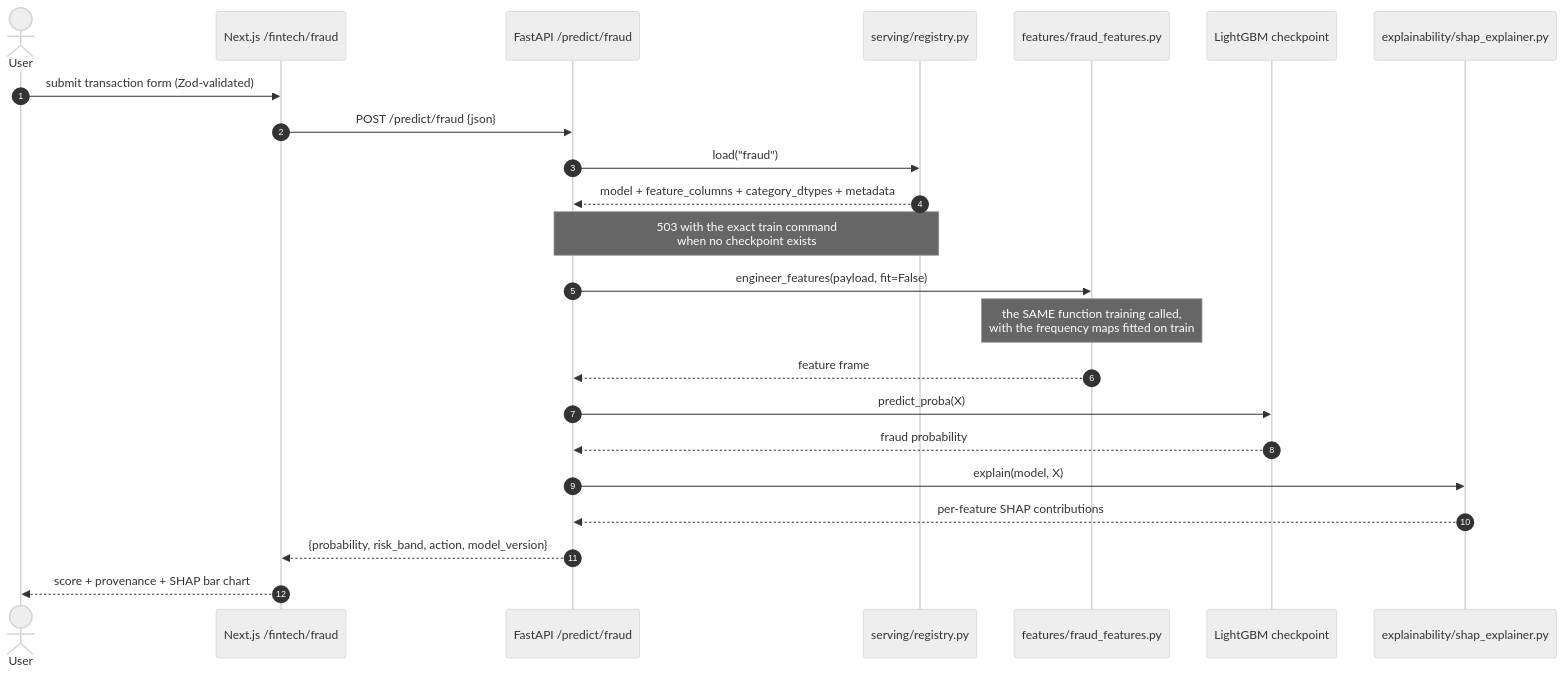
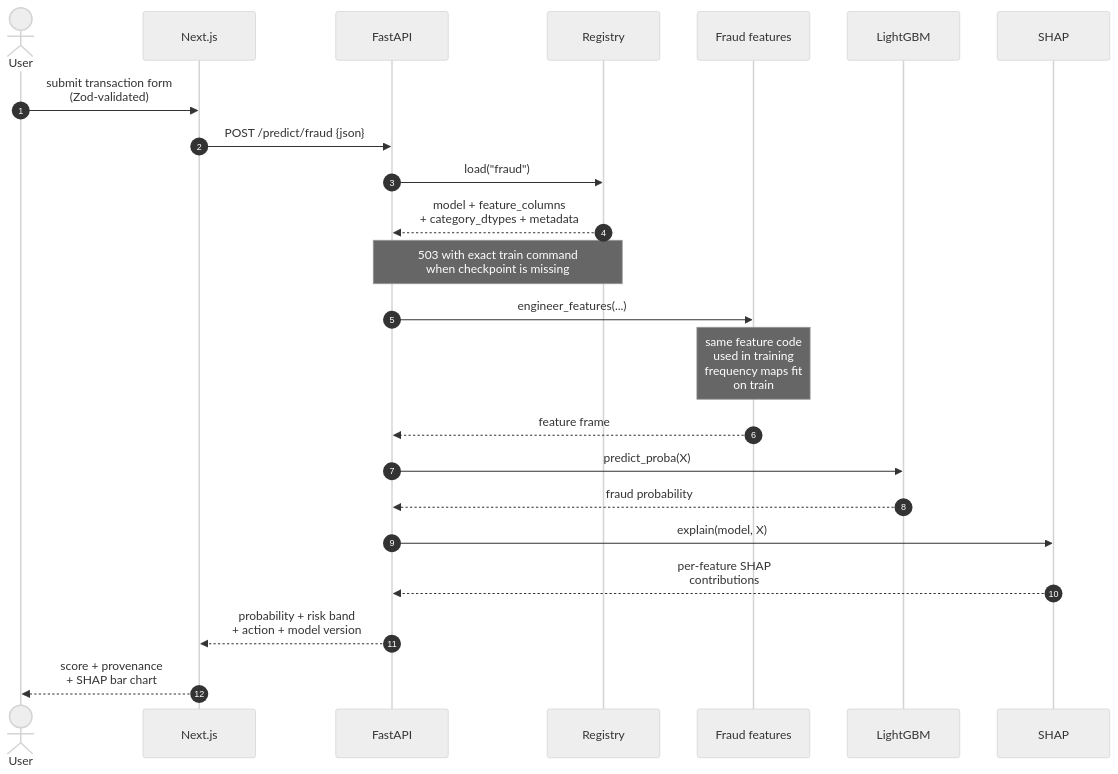
The diagram in docs/diagrams/sequence-predict.mmd (armandogon94/Portfolio-ML-System), drawn with Mermaid (neutral theme) before and after one commit. The commit also changed 11 other files, not shown here.

First line of the commit message:
docs(diagrams): render labels as SVG text so no glyph is clipped

```diff
--- a/docs/diagrams/sequence-predict.mmd
+++ b/docs/diagrams/sequence-predict.mmd
@@ -1,23 +1,24 @@
+%%{init: {'htmlLabels': false, 'fontFamily': 'arial, helvetica, sans-serif'}}%%
 sequenceDiagram
     autonumber
     actor U as User
-    participant W as Next.js /fintech/fraud
-    participant A as FastAPI /predict/fraud
-    participant G as serving/registry.py
-    participant F as features/fraud_features.py
-    participant M as LightGBM checkpoint
-    participant S as explainability/shap_explainer.py
-    U->>W: submit transaction form (Zod-validated)
+    participant W as Next.js
+    participant A as FastAPI
+    participant G as Registry
+    participant F as Fraud features
+    participant M as LightGBM
+    participant S as SHAP
+    U->>W: submit transaction form<br/>(Zod-validated)
     W->>A: POST /predict/fraud {json}
     A->>G: load("fraud")
-    G-->>A: model + feature_columns + category_dtypes + metadata
-    Note over A,G: 503 with the exact train command<br/>when no checkpoint exists
-    A->>F: engineer_features(payload, fit=False)
-    Note over F: the SAME function training called,<br/>with the frequency maps fitted on train
+    G-->>A: model + feature_columns<br/>+ category_dtypes + metadata
+    Note over A,G: 503 with exact train command<br/>when checkpoint is missing
+    A->>F: engineer_features(...)
+    Note over F: same feature code<br/>used in training<br/>frequency maps fit<br/>on train
     F-->>A: feature frame
     A->>M: predict_proba(X)
     M-->>A: fraud probability
     A->>S: explain(model, X)
-    S-->>A: per-feature SHAP contributions
-    A-->>W: {probability, risk_band, action, model_version}
-    W-->>U: score + provenance + SHAP bar chart
+    S-->>A: per-feature SHAP<br/>contributions
+    A-->>W: probability + risk band<br/>+ action + model version
+    W-->>U: score + provenance<br/>+ SHAP bar chart
```
